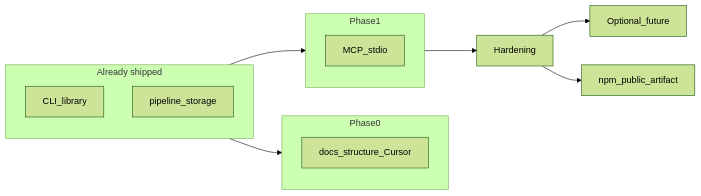
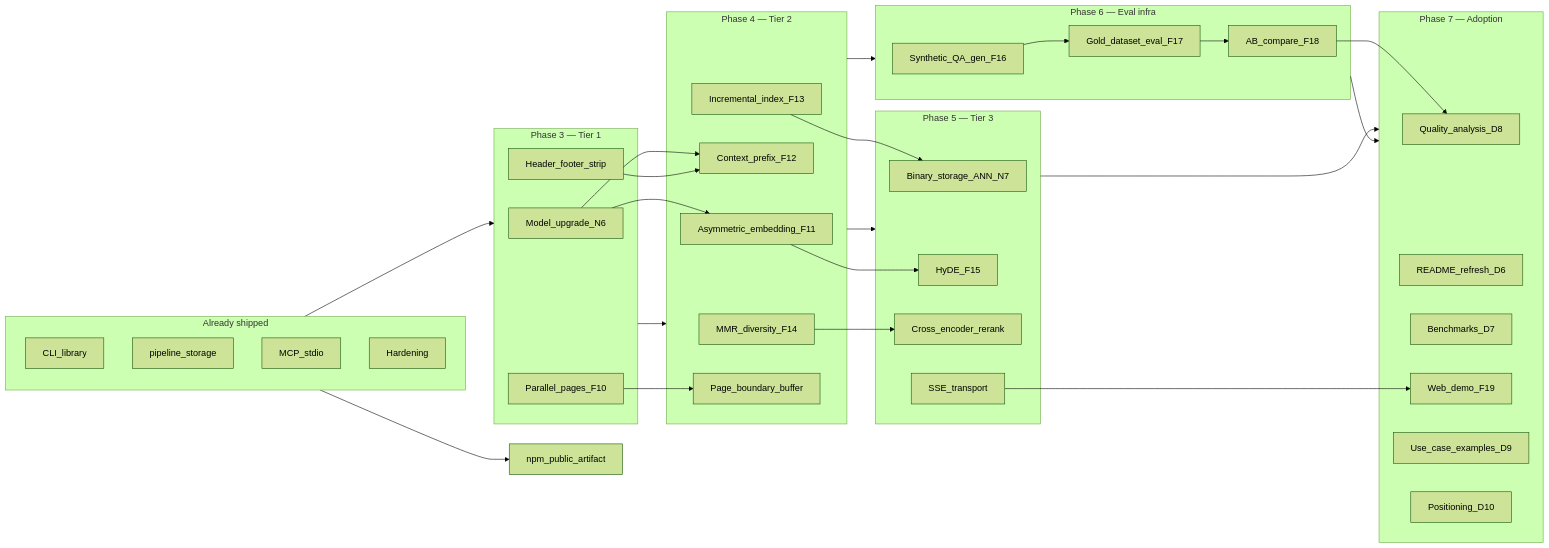
Before and after one commit to mayad123/pdfToRagAI: the second of 2 diagrams in docs/management/roadmap.md, drawn with Mermaid (forest theme). The commit also changed other lines of this file and 66 other files, not shown here.

First line of the commit message:
feat: Phase 7 portfolio artifacts, CI/publish, stable README mermaid

````diff
--- a/docs/management/roadmap.md
+++ b/docs/management/roadmap.md
@@ -43,18 +49,58 @@
 ```mermaid
 flowchart LR
-  subgraph phase0 [Phase0]
-    Docs[docs_structure_Cursor]
-  end
-  subgraph phase1 [Phase1]
-    MCP[MCP_stdio]
-  end
   subgraph shipped [Already shipped]
     CLI[CLI_library]
     Pipe[pipeline_storage]
+    MCP[MCP_stdio]
+    Hard[Hardening]
   end
-  shipped --> phase0
-  shipped --> phase1
-  phase1 --> phase2[Hardening]
-  phase2 --> phase3[Optional_future]
-  phase2 --> npmPub[npm_public_artifact]
+  subgraph phase3 [Phase 3 — Tier 1]
+    Mod[Model_upgrade_N6]
+    Par[Parallel_pages_F10]
+    HF[Header_footer_strip]
+  end
+  subgraph phase4 [Phase 4 — Tier 2]
+    AE[Asymmetric_embedding_F11]
+    CP[Context_prefix_F12]
+    Inc[Incremental_index_F13]
+    MMR[MMR_diversity_F14]
+    PB[Page_boundary_buffer]
+  end
+  subgraph phase5 [Phase 5 — Tier 3]
+    BIN[Binary_storage_ANN_N7]
+    HYDE[HyDE_F15]
+    CE[Cross_encoder_rerank]
+    SSE[SSE_transport]
+  end
+  subgraph phase6 [Phase 6 — Eval infra]
+    EVGEN[Synthetic_QA_gen_F16]
+    EVRUN[Gold_dataset_eval_F17]
+    EVCMP[AB_compare_F18]
+  end
+  subgraph phase7 [Phase 7 — Adoption]
+    ANAL[Quality_analysis_D8]
+    README[README_refresh_D6]
+    BENCH[Benchmarks_D7]
+    DEMO[Web_demo_F19]
+    USECASE[Use_case_examples_D9]
+    POS[Positioning_D10]
+  end
+  shipped --> phase3
+  Mod --> AE
+  Mod --> CP
+  HF --> CP
+  Par --> PB
+  phase3 --> phase4
+  AE --> HYDE
+  Inc --> BIN
+  MMR --> CE
+  phase4 --> phase5
+  phase4 --> phase6
+  EVGEN --> EVRUN
+  EVRUN --> EVCMP
+  EVCMP --> ANAL
+  SSE --> DEMO
+  phase5 --> phase7
+  phase6 --> phase7
+  shipped --> npmPub[npm_public_artifact]
 ```
````
